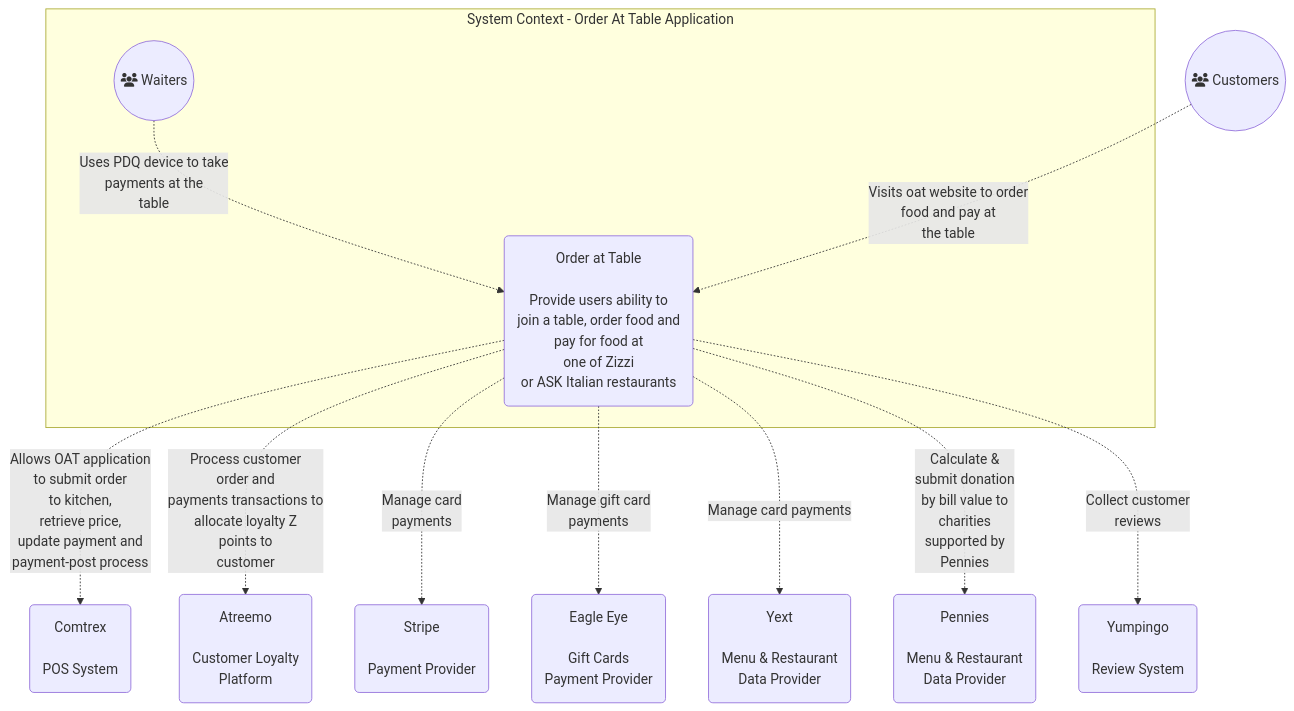
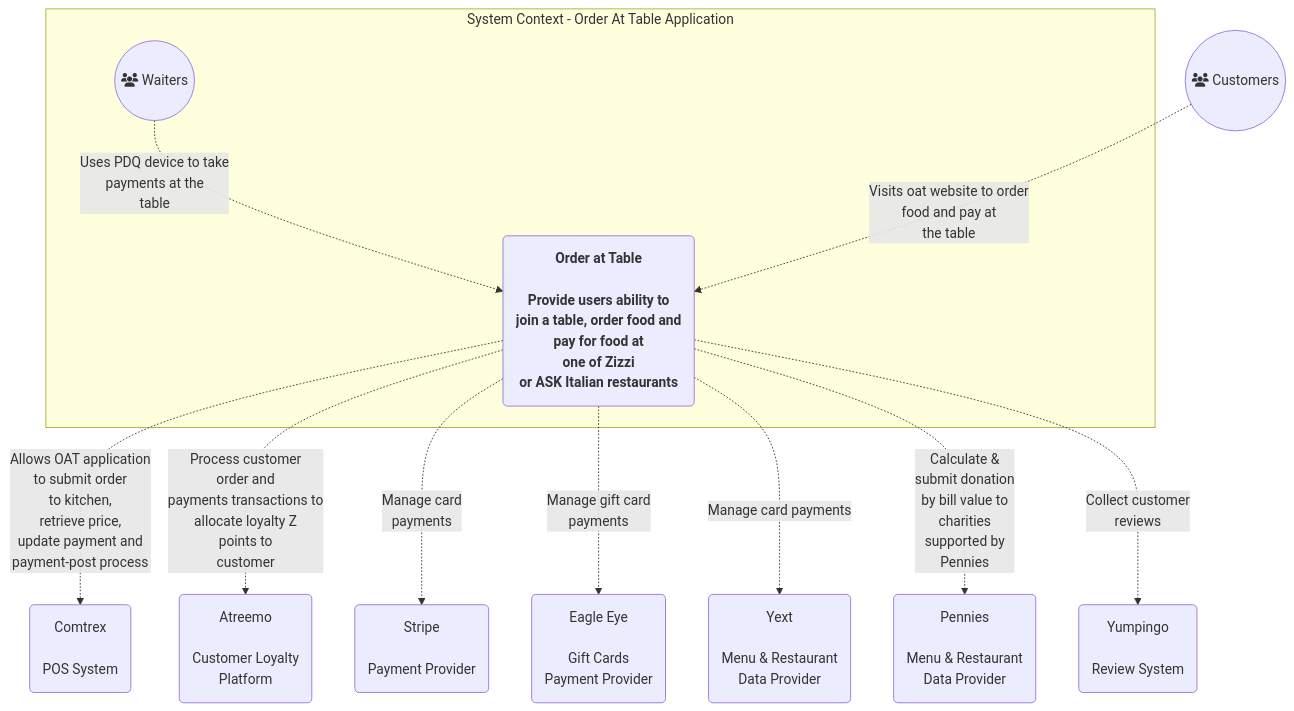
Before and after one commit to anandakumarpalanisamy/css-recipes: the first of 5 diagrams in README.md, drawn with Mermaid.

````diff
--- a/README.md
+++ b/README.md
@@ -3,16 +3,16 @@
 ```mermaid
 %%{init: {'theme':'base','themeVariables': { 'lineColor': '#ffffff', }}}%%
 graph TB
     subgraph SystemContext [System Context - Order At Table Application]
-    Waiter((fa:fa-users Waiters)) -. "Uses PDQ device to take<br/>payments at the<br/>table" .-> OAT(Order at Table<br/><br/>Provide users ability to<br/>join a table, order food and <br/>pay for food at<br/>one of Zizzi<br/>or ASK Italian restaurants )
+    Waiter((fa:fa-users Waiters)) -. "Uses PDQ device to take<br/>payments at the<br/>table" .-> OAT(<strong>Order at Table<strong><br/><br/>Provide users ability to<br/>join a table, order food and <br/>pay for food at<br/>one of Zizzi<br/>or ASK Italian restaurants )
     end
 
     Customer((fa:fa-users Customers)) -. "Visits oat website to order<br/>food and pay at<br/> the table" .-> OAT
     OAT -. "Allows OAT application<br/> to submit order<br/> to kitchen,<br/> retrieve price,<br/> update payment and<br/> payment-post process" .-> Comtrex(Comtrex<br/></br/>POS System)
     OAT-. "Process customer<br/> order and<br/> payments transactions to<br/> allocate loyalty Z<br/> points to<br/> customer" .-> Atreemo(Atreemo <br/><br/> Customer Loyalty <br/> Platform)
     OAT -. "Manage card<br/> payments" .-> Stripe(Stripe <br/><br/> Payment Provider)
     OAT -. "Manage gift card<br/> payments" .-> EagleEye(Eagle Eye <br/><br/> Gift Cards<br/> Payment Provider)
     OAT -. "Manage card payments" .-> Yext(Yext <br/><br/> Menu & Restaurant<br> Data Provider)
     OAT -. "Calculate &<br/> submit donation<br/> by bill value to<br/> charities<br/> supported by<br/> Pennies" .-> Pennies(Pennies <br/><br/> Menu & Restaurant<br> Data Provider)
     OAT -. "Collect customer<br/> reviews" .-> Yumpingo(Yumpingo <br/><br/> Review System)
 ```
````
